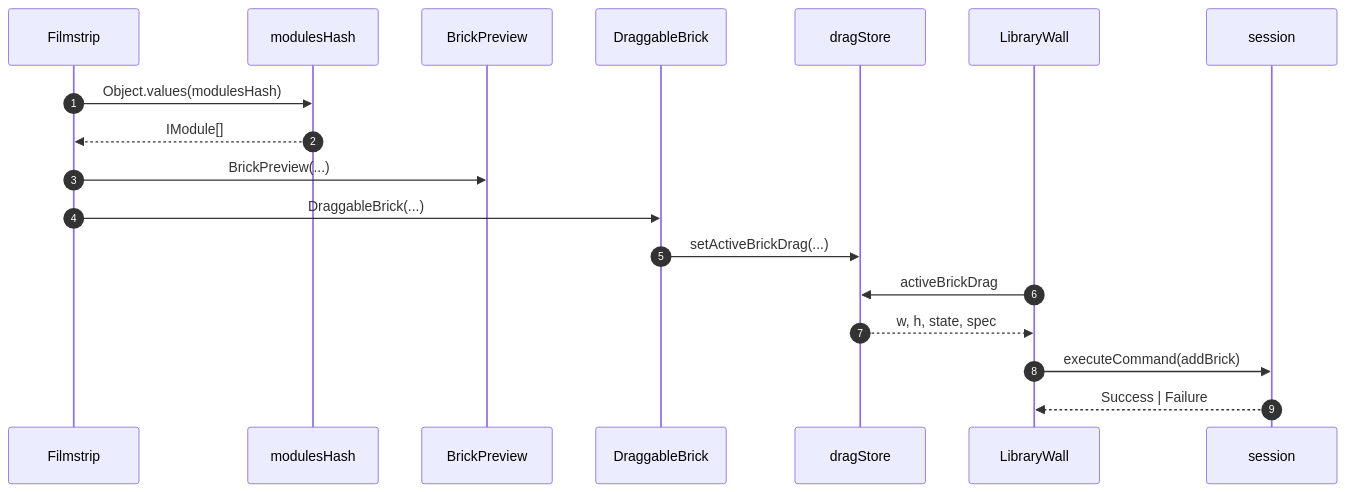
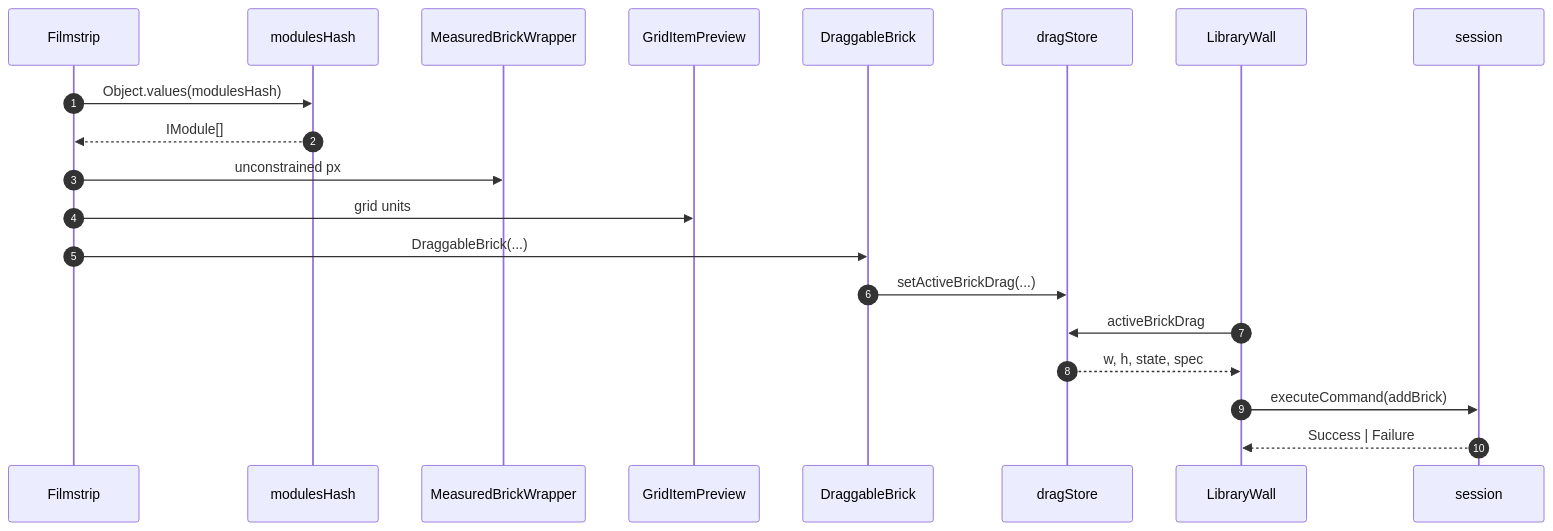
The diagram in wiki/architecture/browser/LibrarySandboxBrickDrop.md (morgs32/qrk.sh), drawn with Mermaid before and after one commit. The commit also changed other lines of this file and 116 other files, not shown here.

````diff
--- a/wiki/architecture/browser/LibrarySandboxBrickDrop.md
+++ b/wiki/architecture/browser/LibrarySandboxBrickDrop.md
@@ -33,29 +35,32 @@
 ```mermaid
 sequenceDiagram
   participant Filmstrip
   participant modulesHash
-  participant BrickPreview
+  participant MeasuredBrickWrapper
+  participant GridItemPreview
   participant DraggableBrick
   participant dragStore
   participant LibraryWall
   participant session
 
   autonumber 1
   Filmstrip->>modulesHash: Object.values(modulesHash)
   autonumber 2
   modulesHash-->>Filmstrip: IModule[]
   autonumber 3
-  Filmstrip->>BrickPreview: BrickPreview(...)
+  Filmstrip->>MeasuredBrickWrapper: unconstrained px
   autonumber 4
+  Filmstrip->>GridItemPreview: grid units
+  autonumber 5
   Filmstrip->>DraggableBrick: DraggableBrick(...)
-  autonumber 5
+  autonumber 6
   DraggableBrick->>dragStore: setActiveBrickDrag(...)
-  autonumber 6
+  autonumber 7
   LibraryWall->>dragStore: activeBrickDrag
-  autonumber 7
+  autonumber 8
   dragStore-->>LibraryWall: w, h, state, spec
-  autonumber 8
+  autonumber 9
   LibraryWall->>session: executeCommand(addBrick)
-  autonumber 9
+  autonumber 10
   session-->>LibraryWall: Success | Failure
 ```
````
